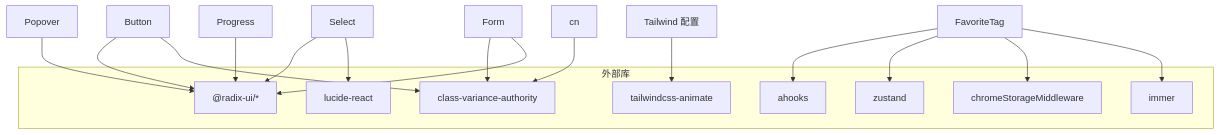
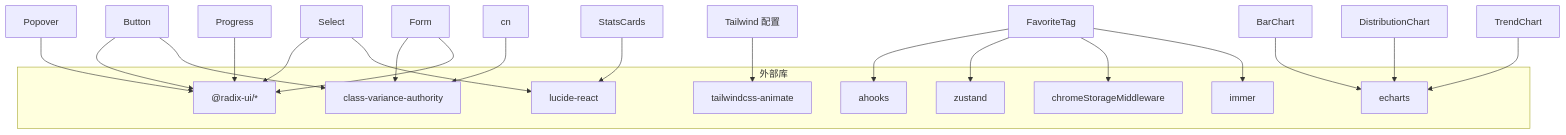
One commit to RadiumAg/bilibili-favorites changed the eighth of 8 diagrams in .qoder/repowiki/zh/content/UI组件系统/UI组件系统.md. Above: the diagram before and after it, drawn with Mermaid. The commit also changed other lines of this file and 6 other files, not shown here.

````diff
--- a/.qoder/repowiki/zh/content/UI组件系统/UI组件系统.md
+++ b/.qoder/repowiki/zh/content/UI组件系统/UI组件系统.md
@@ -667,27 +792,32 @@
 ```mermaid
 graph TB
 subgraph "外部库"
 RUI["@radix-ui/*"]
 CVA["class-variance-authority"]
 LUCIDE["lucide-react"]
 ANI["tailwindcss-animate"]
 AH["ahooks"]
 ZUS["zustand"]
 IMMER["immer"]
 CSSM["chromeStorageMiddleware"]
+ECHARTS["echarts"]
 end
 Btn["Button"] --> RUI
 Btn --> CVA
 Sel["Select"] --> RUI
 Sel --> LUCIDE
 Pop["Popover"] --> RUI
 Prog["Progress"] --> RUI
 Form["Form"] --> CVA
 Form --> RUI
 Utils["cn"] --> CVA
 TW["Tailwind 配置"] --> ANI
 FTag["FavoriteTag"] --> AH
 FTag --> ZUS
 FTag --> CSSM
 FTag --> IMMER
+BarChart["BarChart"] --> ECHARTS
+DistributionChart["DistributionChart"] --> ECHARTS
+TrendChart["TrendChart"] --> ECHARTS
+StatsCards["StatsCards"] --> LUCIDE
 ```
````
